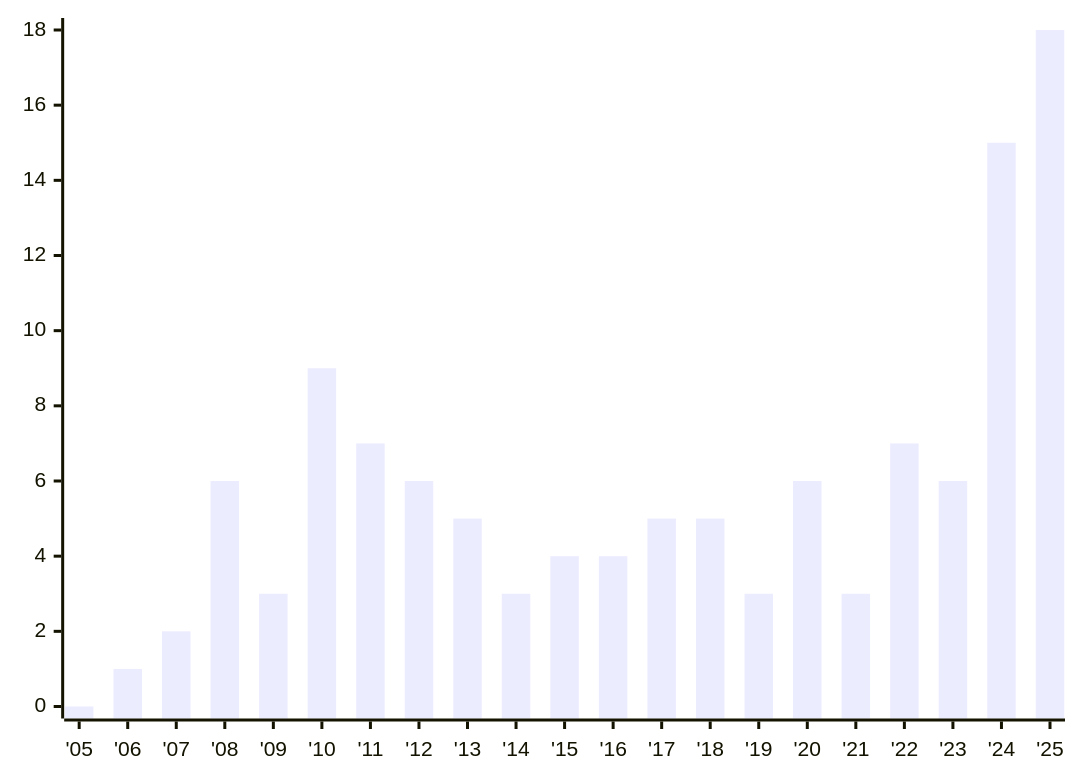
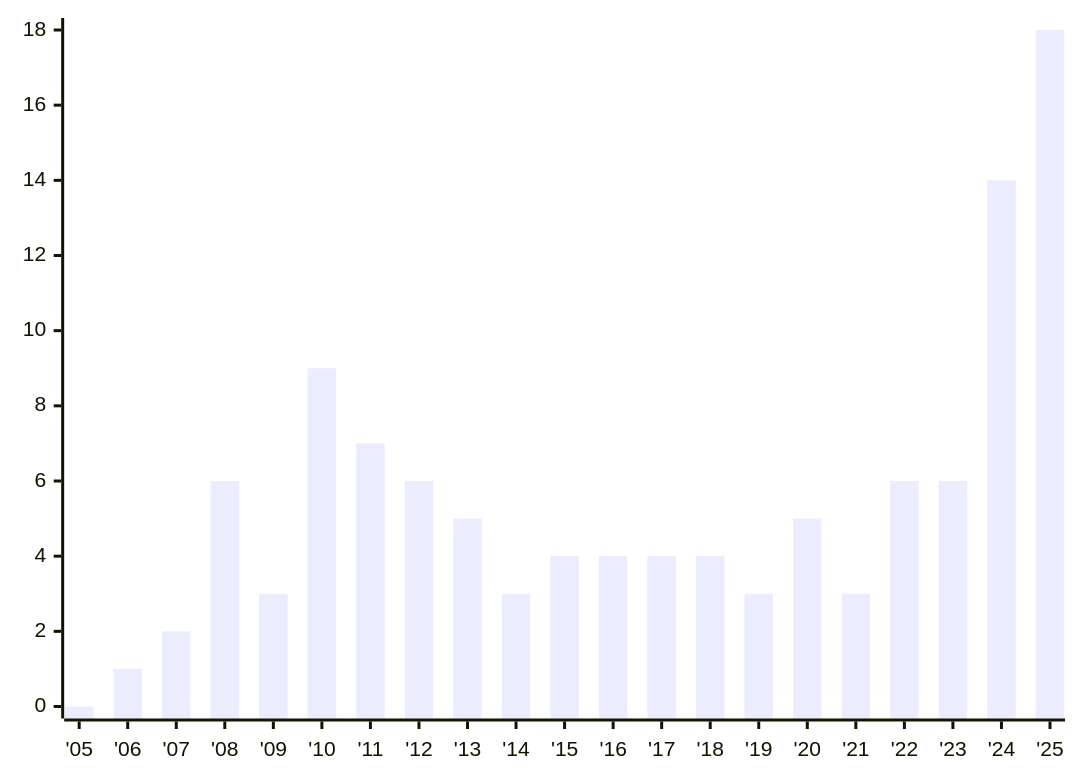
The second of 4 diagrams in index.stats.md (austrellum/navigator), drawn with Mermaid before and after one commit. The commit also changed other lines of this file and 8 other files, not shown here.

````diff
--- a/index.stats.md
+++ b/index.stats.md
@@ -18,6 +18,6 @@
 ```mermaid
 xychart-beta
   x-axis ["'05","'06","'07","'08","'09","'10","'11","'12","'13","'14","'15","'16","'17","'18","'19","'20","'21","'22","'23","'24","'25"]
   y-axis 0 --> 18
-  bar [0,1,2,6,3,9,7,6,5,3,4,4,5,5,3,6,3,7,6,15,18]
+  bar [0,1,2,6,3,9,7,6,5,3,4,4,4,4,3,5,3,6,6,14,18]
 ```
````
